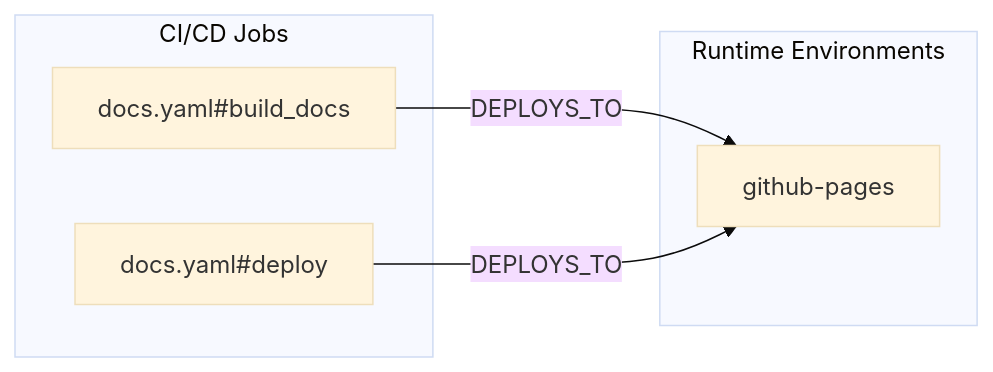
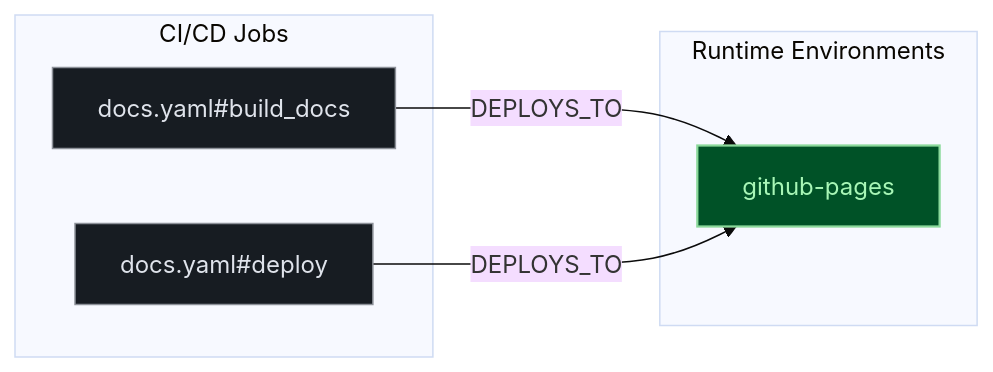
The second of 3 diagrams in exports/latest/reports/grafana-cog-report.md (kumarshaz/atruss-code-atlas), drawn with Mermaid (base theme) before and after one commit. The commit also changed other lines of this file and 331 other files, not shown here.

Commit message:
docs,ui,fix: update SDLC docs, reorder CI/CD DAG first, stylize Mermaid, and fix Arc42 pipeline topology

````diff
--- a/exports/latest/reports/grafana-cog-report.md
+++ b/exports/latest/reports/grafana-cog-report.md
@@ -206,12 +213,16 @@
 ```mermaid
 flowchart LR
+    classDef atlasCategory fill:#212428,stroke:#E87A48,stroke-width:1.5px,color:#dfe3eb
+    classDef atlasWorkflow fill:#1b2026,stroke:#a3c9ff,stroke-width:1.5px,color:#dfe3eb
+    classDef atlasJob fill:#171c22,stroke:#8d9199,stroke-width:1px,color:#dfe3eb
+    classDef atlasTarget fill:#005227,stroke:#8bd99b,stroke-width:1.5px,color:#a7f6b6
     subgraph ci_jobs["CI/CD Jobs"]
-        job_docs_yaml_build_docs["docs.yaml#build_docs"]
-        job_docs_yaml_deploy["docs.yaml#deploy"]
+        job_docs_yaml_build_docs["docs.yaml#build_docs"]:::atlasJob
+        job_docs_yaml_deploy["docs.yaml#deploy"]:::atlasJob
     end
     subgraph runtime_envs["Runtime Environments"]
-        env_github_pages["github-pages"]
+        env_github_pages["github-pages"]:::atlasTarget
     end
     job_docs_yaml_build_docs -->|DEPLOYS_TO| env_github_pages
     job_docs_yaml_deploy -->|DEPLOYS_TO| env_github_pages
 ```
````
